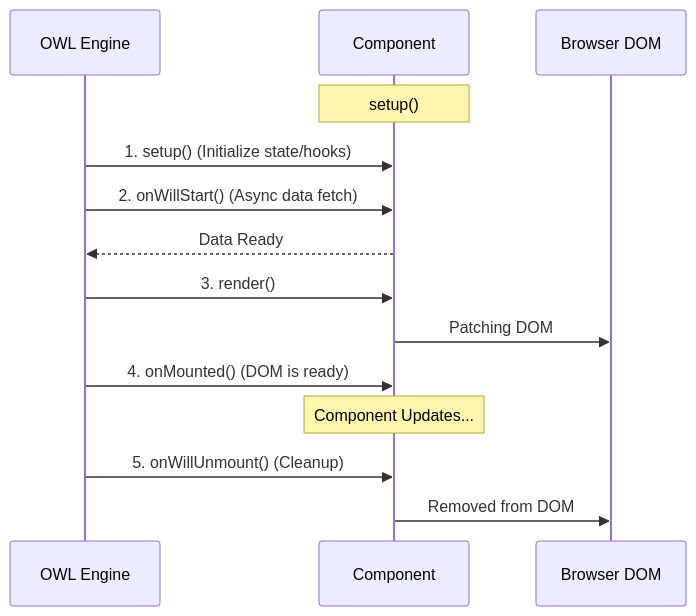
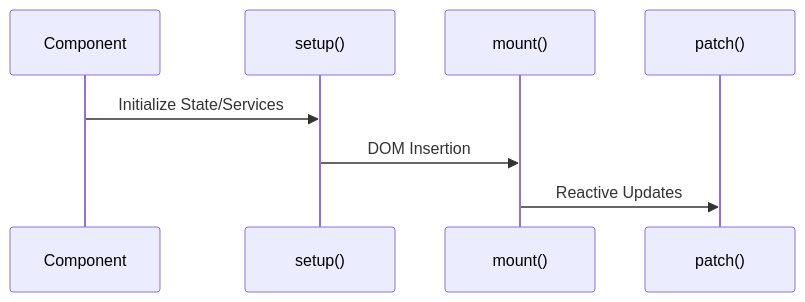
One commit to Kashyap-001/odoo19-docs changed the diagram in docs/frontend/owl.md. Above: the diagram before and after it, drawn with Mermaid. The commit also changed other lines of this file and 4 other files, not shown here.

Commit message:
feat(docs): add architecture diagrams and master project challenges

````diff
--- a/docs/frontend/owl.md
+++ b/docs/frontend/owl.md
@@ -17,19 +10,11 @@
 ```mermaid
 sequenceDiagram
-    participant OWL as OWL Engine
-    participant Comp as Component
-    participant DOM as Browser DOM
-
-    Note over Comp: setup()
-    OWL->>Comp: 1. setup() (Initialize state/hooks)
-    OWL->>Comp: 2. onWillStart() (Async data fetch)
-    Comp-->>OWL: Data Ready
-    OWL->>Comp: 3. render()
-    Comp->>DOM: Patching DOM
-    OWL->>Comp: 4. onMounted() (DOM is ready)
+    participant C as Component
+    participant S as setup()
+    participant M as mount()
+    participant P as patch()
     
-    Note over Comp: Component Updates...
-    
-    OWL->>Comp: 5. onWillUnmount() (Cleanup)
-    Comp->>DOM: Removed from DOM
+    C->>S: Initialize State/Services
+    S->>M: DOM Insertion
+    M->>P: Reactive Updates
 ```
````
